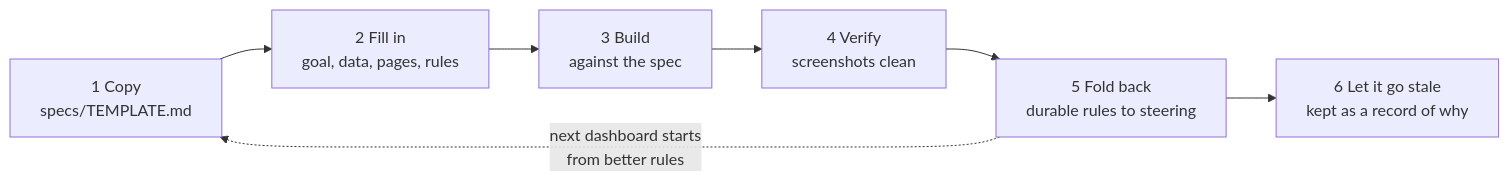
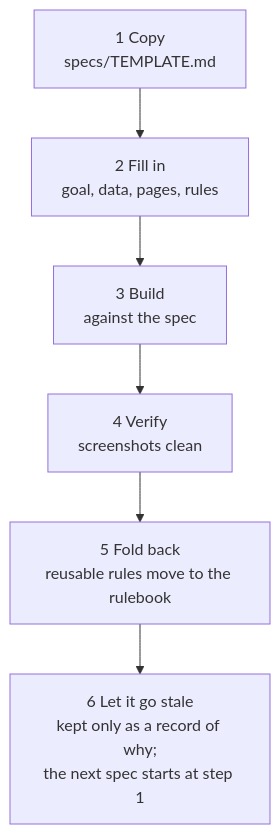
One commit to GibbonGambits/PGE-PBIP-Template changed the diagram in guide/images/src/06-4-spec-lifecycle.mmd. Above: the diagram before and after it, drawn with Mermaid. The commit also changed 4 other files, not shown here.

```diff
--- a/guide/images/src/06-4-spec-lifecycle.mmd
+++ b/guide/images/src/06-4-spec-lifecycle.mmd
@@ -1,3 +1,8 @@
-flowchart LR
-  C["1 Copy<br/>specs/TEMPLATE.md"]:::g --> F["2 Fill in<br/>goal, data, pages, rules"]:::g --> B["3 Build<br/>against the spec"]:::aa --> V["4 Verify<br/>screenshots clean"]:::r --> FB["5 Fold back<br/>durable rules to steering"]:::aa --> S["6 Let it go stale<br/>kept as a record of why"]:::g
-  FB -. "next dashboard starts<br/>from better rules" .-> C
+flowchart TB
+  C["1 Copy<br/>specs/TEMPLATE.md"]:::g
+  F["2 Fill in<br/>goal, data, pages, rules"]:::g
+  B["3 Build<br/>against the spec"]:::aa
+  V["4 Verify<br/>screenshots clean"]:::r
+  FB["5 Fold back<br/>reusable rules move to the rulebook"]:::aa
+  S["6 Let it go stale<br/>kept only as a record of why;<br/>the next spec starts at step 1"]:::g
+  C --> F --> B --> V --> FB --> S
```
